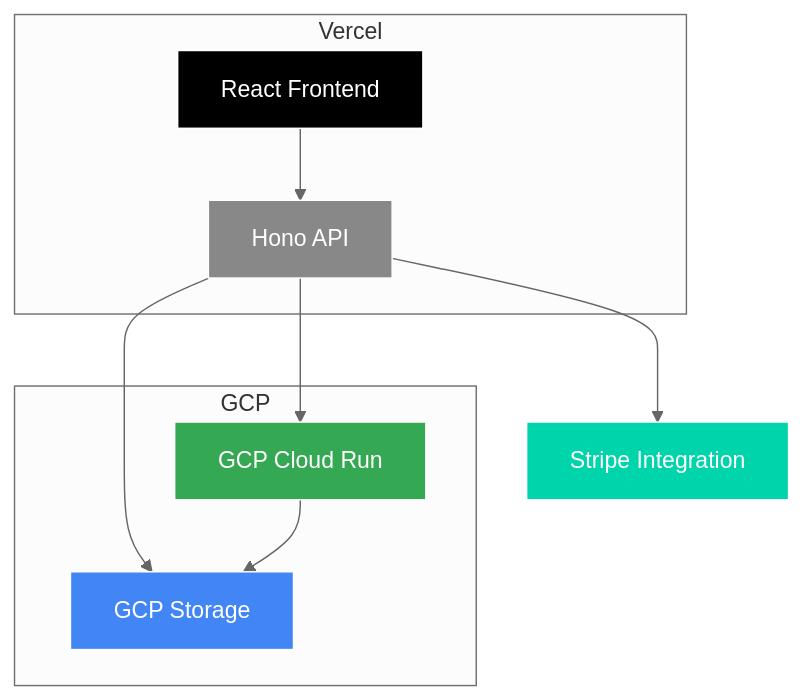
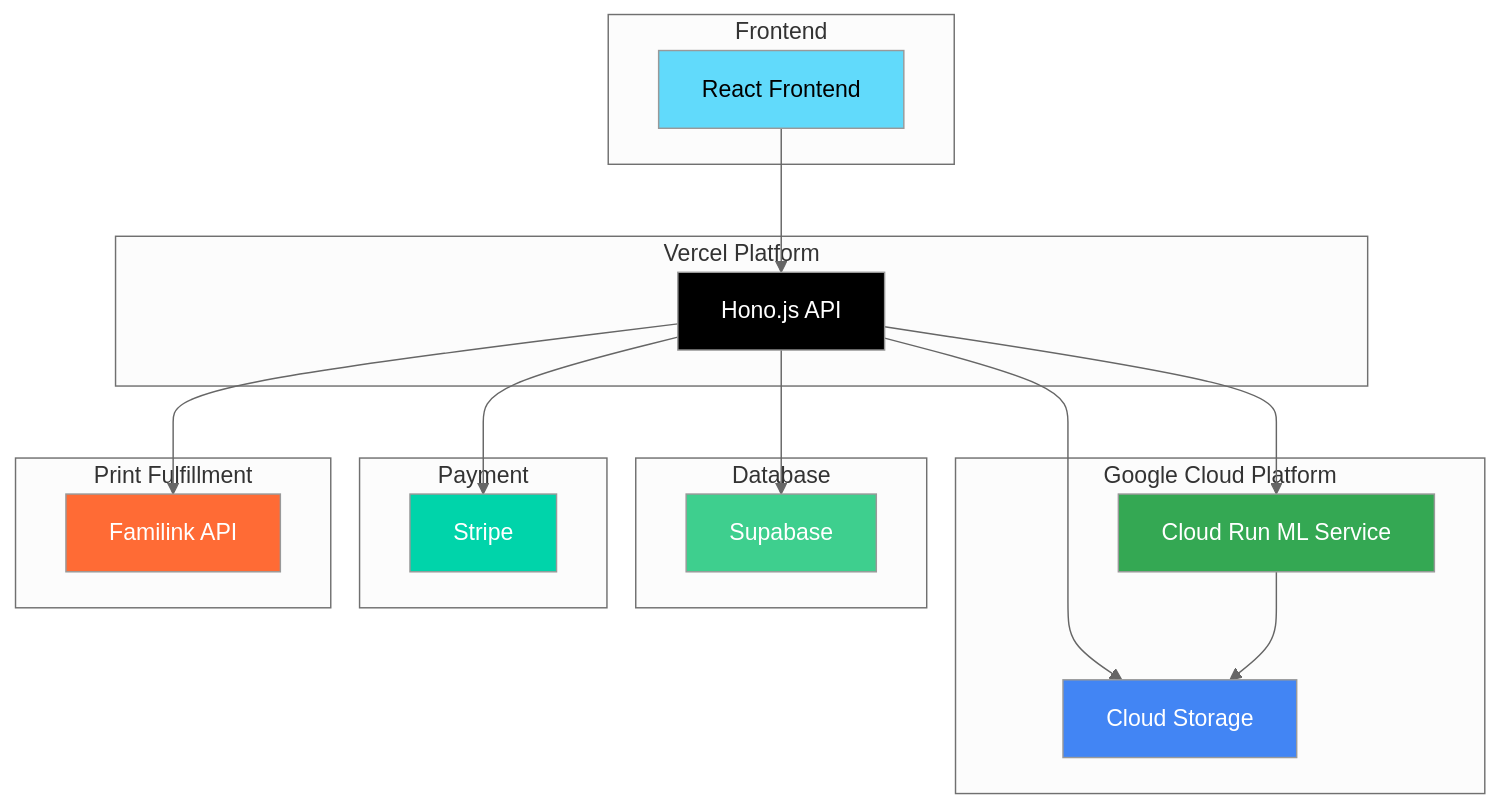
The diagram in README.md (moistjuggernaut/Notary), drawn with Mermaid (neutral theme) before and after one commit. The commit also changed other lines of this file, not shown here.

````diff
--- a/README.md
+++ b/README.md
@@ -14,18 +59,43 @@
 ```mermaid
 graph TD
-    subgraph Vercel
-        A[React Frontend] --> B[Hono API];
+    subgraph "Frontend"
+        A[React Frontend]
     end
-    subgraph GCP
-        B --> C[GCP Storage];
-        B --> D[GCP Cloud Run];
-        D --> C;
+    
+    subgraph "Vercel Platform"
+        B[Hono.js API]
     end
-    B --> E[Stripe Integration];
-
-    style A fill:#000,color:#fff,stroke:#fff
-    style B fill:#888,color:#fff,stroke:#fff
-    style C fill:#4285F4,color:#fff,stroke:#fff
-    style D fill:#34A853,color:#fff,stroke:#fff
-    style E fill:#00D4AA,color:#fff,stroke:#fff
+    
+    subgraph "Google Cloud Platform"
+        C[Cloud Storage]
+        D[Cloud Run ML Service]
+    end
+    
+    subgraph "Database"
+        E[Supabase]
+    end
+    
+    subgraph "Payment"
+        F[Stripe]
+    end
+    
+    subgraph "Print Fulfillment"
+        G[Familink API]
+    end
+    
+    A --> B
+    B --> C
+    B --> D
+    B --> E
+    B --> F
+    B --> G
+    D --> C
+    
+    style A fill:#61dafb,color:#000
+    style B fill:#000,color:#fff
+    style C fill:#4285f4,color:#fff
+    style D fill:#34a853,color:#fff
+    style E fill:#3ecf8e,color:#fff
+    style F fill:#00d4aa,color:#fff
+    style G fill:#ff6b35,color:#fff
 ```
````
